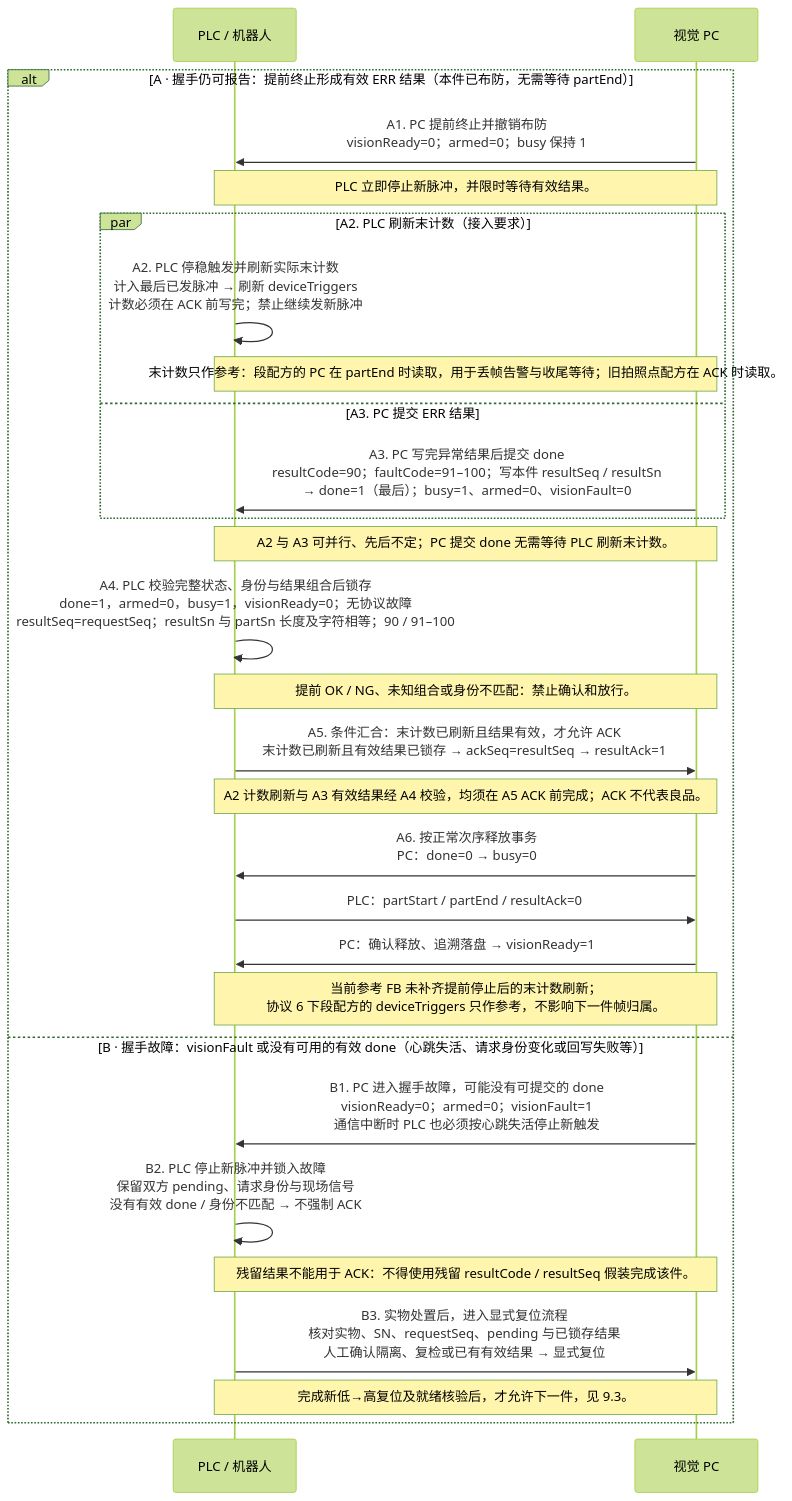
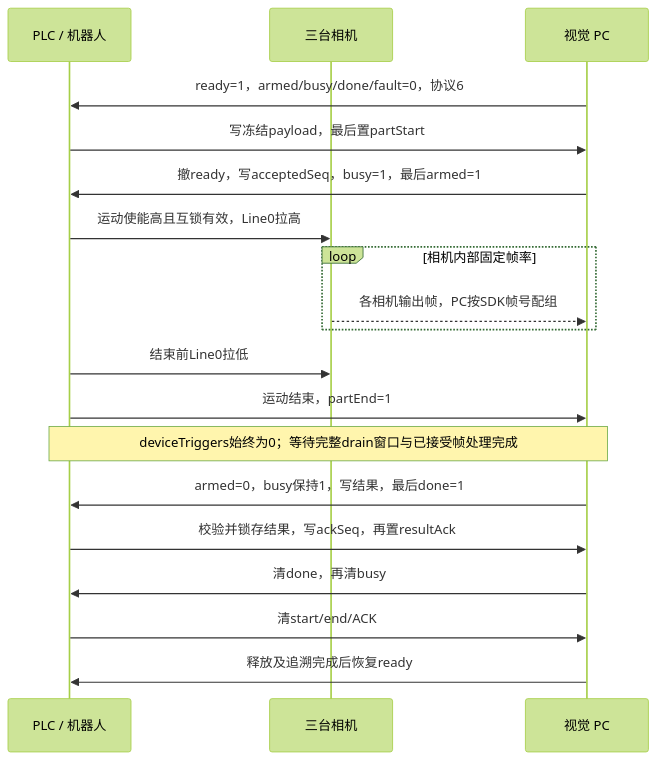
Before and after one commit to liangyuR/ly-gluesight: the first of 3 diagrams in docs/integration/plc-communication-protocol.md, drawn with Mermaid (forest theme). The commit also changed other lines of this file and 86 other files, not shown here.

````diff
--- a/docs/integration/plc-communication-protocol.md
+++ b/docs/integration/plc-communication-protocol.md
@@ -323,31 +224,21 @@
 ```mermaid
 sequenceDiagram
     participant PLC as PLC / 机器人
+    participant CAM as 三台相机
     participant PC as 视觉 PC
-
-    alt A · 握手仍可报告：提前终止形成有效 ERR 结果（本件已布防，无需等待 partEnd）
-        PC->>PLC: A1. PC 提前终止并撤销布防<br/>visionReady=0；armed=0；busy 保持 1
-        Note over PLC,PC: PLC 立即停止新脉冲，并限时等待有效结果。
-        par A2. PLC 刷新末计数（接入要求）
-            PLC->>PLC: A2. PLC 停稳触发并刷新实际末计数<br/>计入最后已发脉冲 → 刷新 deviceTriggers<br/>计数必须在 ACK 前写完；禁止继续发新脉冲
-            Note over PLC,PC: 末计数只作参考：段配方的 PC 在 partEnd 时读取，用于丢帧告警与收尾等待；旧拍照点配方在 ACK 时读取。
-        and A3. PC 提交 ERR 结果
-            PC->>PLC: A3. PC 写完异常结果后提交 done<br/>resultCode=90；faultCode=91–100；写本件 resultSeq / resultSn<br/>→ done=1（最后）；busy=1、armed=0、visionFault=0
-        end
-        Note over PLC,PC: A2 与 A3 可并行、先后不定；PC 提交 done 无需等待 PLC 刷新末计数。
-        PLC->>PLC: A4. PLC 校验完整状态、身份与结果组合后锁存<br/>done=1，armed=0，busy=1，visionReady=0；无协议故障<br/>resultSeq=requestSeq；resultSn 与 partSn 长度及字符相等；90 / 91–100
-        Note over PLC,PC: 提前 OK / NG、未知组合或身份不匹配：禁止确认和放行。
-        PLC->>PC: A5. 条件汇合：末计数已刷新且结果有效，才允许 ACK<br/>末计数已刷新且有效结果已锁存 → ackSeq=resultSeq → resultAck=1
-        Note over PLC,PC: A2 计数刷新与 A3 有效结果经 A4 校验，均须在 A5 ACK 前完成；ACK 不代表良品。
-        PC->>PLC: A6. 按正常次序释放事务<br/>PC：done=0 → busy=0
-        PLC->>PC: PLC：partStart / partEnd / resultAck=0
-        PC->>PLC: PC：确认释放、追溯落盘 → visionReady=1
-        Note over PLC,PC: 当前参考 FB 未补齐提前停止后的末计数刷新；<br/>协议 6 下段配方的 deviceTriggers 只作参考，不影响下一件帧归属。
-    else B · 握手故障：visionFault 或没有可用的有效 done（心跳失活、请求身份变化或回写失败等）
-        PC->>PLC: B1. PC 进入握手故障，可能没有可提交的 done<br/>visionReady=0；armed=0；visionFault=1<br/>通信中断时 PLC 也必须按心跳失活停止新触发
-        PLC->>PLC: B2. PLC 停止新脉冲并锁入故障<br/>保留双方 pending、请求身份与现场信号<br/>没有有效 done / 身份不匹配 → 不强制 ACK
-        Note over PLC,PC: 残留结果不能用于 ACK：不得使用残留 resultCode / resultSeq 假装完成该件。
-        PLC->>PC: B3. 实物处置后，进入显式复位流程<br/>核对实物、SN、requestSeq、pending 与已锁存结果<br/>人工确认隔离、复检或已有有效结果 → 显式复位
-        Note over PLC,PC: 完成新低→高复位及就绪核验后，才允许下一件，见 9.3。
+    PC->>PLC: ready=1，armed/busy/done/fault=0，协议6
+    PLC->>PC: 写冻结payload，最后置partStart
+    PC->>PLC: 撤ready，写acceptedSeq，busy=1，最后armed=1
+    PLC->>CAM: 运动使能高且互锁有效，Line0拉高
+    loop 相机内部固定帧率
+        CAM-->>PC: 各相机输出帧，PC按SDK帧号配组
     end
+    PLC->>CAM: 结束前Line0拉低
+    PLC->>PC: 运动结束，partEnd=1
+    Note over PLC,PC: deviceTriggers始终为0；等待完整drain窗口与已接受帧处理完成
+    PC->>PLC: armed=0，busy保持1，写结果，最后done=1
+    PLC->>PC: 校验并锁存结果，写ackSeq，再置resultAck
+    PC->>PLC: 清done，再清busy
+    PLC->>PC: 清start/end/ACK
+    PC->>PLC: 释放及追溯完成后恢复ready
 ```
````
